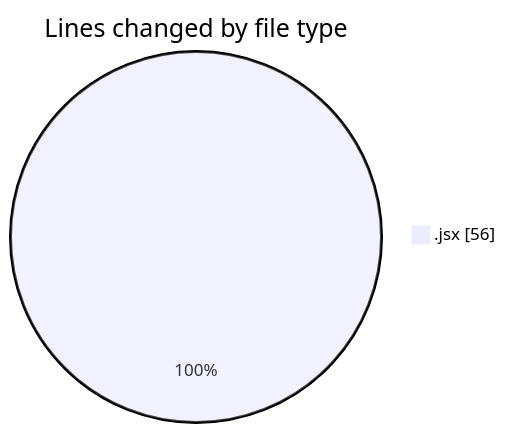
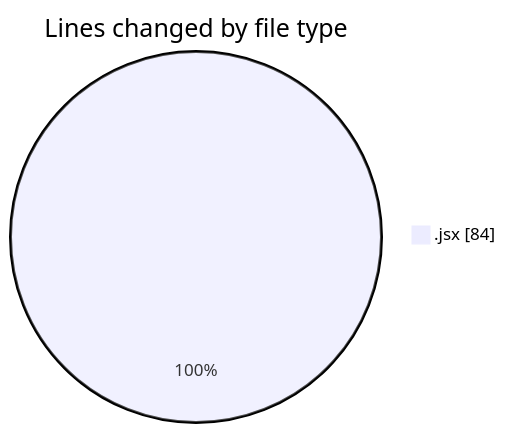
The first of 2 diagrams in 2025-01-29/react/README.md (Elitesun/code-tracking), drawn with Mermaid before and after one commit. The commit also changed other lines of this file and 1 other file, not shown here.

````diff
--- a/2025-01-29/react/README.md
+++ b/2025-01-29/react/README.md
@@ -23,5 +23,5 @@
 ```mermaid
 pie showData
 title Lines changed by file type
-".jsx" : 56
+".jsx" : 84
 ```
````
